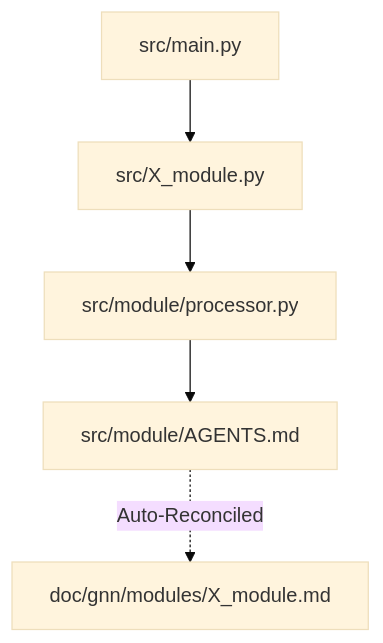
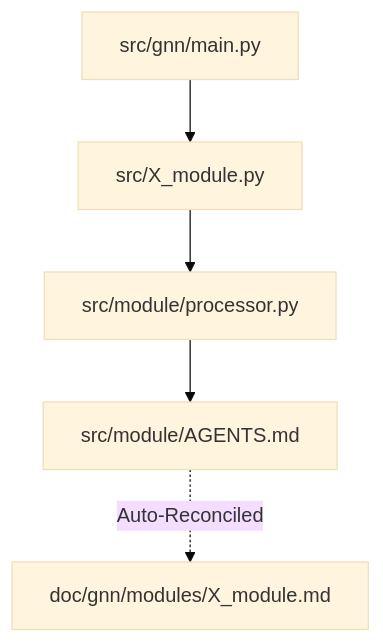
The diagram in doc/gnn/modules/README.md (ActiveInferenceInstitute/GeneralizedNotationNotation), drawn with Mermaid (base theme) before and after one commit. The commit also changed other lines of this file and 4976 other files, not shown here.

First line of the commit message:
refactor: rename src package to gnn (v0.5 bridge layout), unify API surface, close Lean seam

````diff
--- a/doc/gnn/modules/README.md
+++ b/doc/gnn/modules/README.md
@@ -19,7 +19,7 @@
 ```mermaid
 graph TD
-    Main[src/main.py] --> StepX[src/X_module.py]
+    Main[src/gnn/main.py] --> StepX[src/X_module.py]
     StepX --> API[src/module/processor.py]
     API --> Tools[src/module/AGENTS.md]
     Tools -.->|Auto-Reconciled| Docs[doc/gnn/modules/X_module.md]
 ```
````
